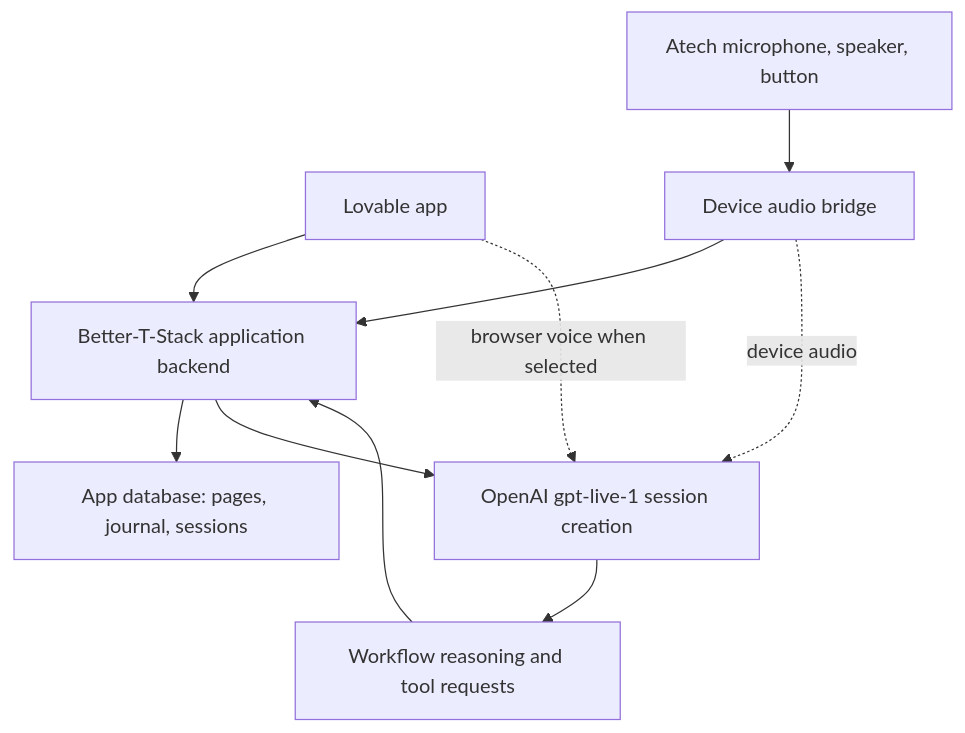
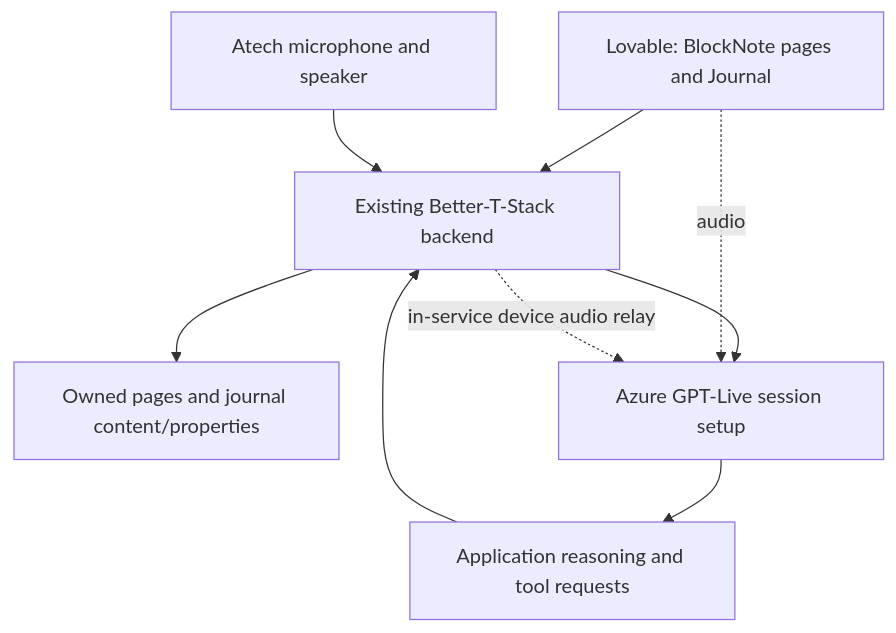
The diagram in PRD.md (jonashoyer/pink-hack), drawn with Mermaid before and after one commit. The commit also changed other lines of this file and 45 other files, not shown here.

First line of the commit message:
feat: implement voice provider and device provisioning routes

````diff
--- a/PRD.md
+++ b/PRD.md
@@ -72,12 +56,11 @@
 ```mermaid
 flowchart TD
-  App[Lovable app] --> API[Better-T-Stack application backend]
-  Atech[Atech microphone, speaker, button] --> Bridge[Device audio bridge]
-  Bridge --> API
-  API --> Store[App database: pages, journal, sessions]
-  API --> Live[OpenAI gpt-live-1 session creation]
-  App -. browser voice when selected .-> Live
-  Bridge -. device audio .-> Live
-  Live --> Agent[Workflow reasoning and tool requests]
+  App[Lovable: BlockNote pages and Journal] --> API[Existing Better-T-Stack backend]
+  Device[Atech microphone and speaker] --> API
+  API --> DB[Owned pages and journal content/properties]
+  API --> Live[Azure GPT-Live session setup]
+  App -. audio .-> Live
+  API -. in-service device audio relay .-> Live
+  Live --> Agent[Application reasoning and tool requests]
   Agent --> API
 ```
````
